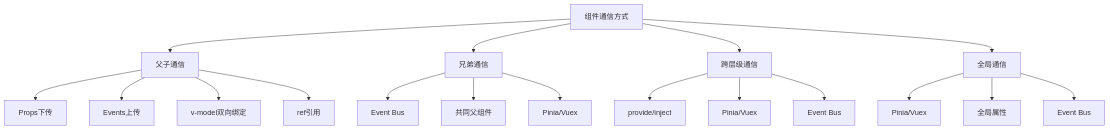
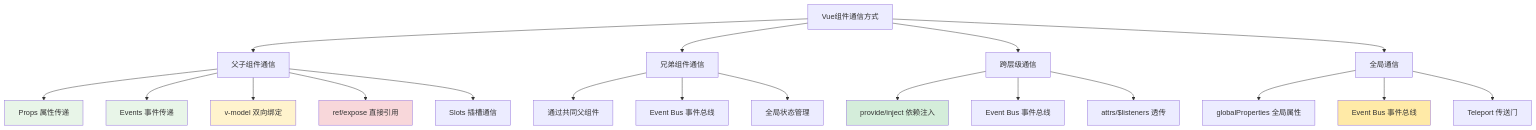
Before and after one commit to LynnCen/Lyc-notes: the first of 4 diagrams in docs/Vue/basic/component-communication.md, drawn with Mermaid. The commit also changed other lines of this file, not shown here.

````diff
--- a/docs/Vue/basic/component-communication.md
+++ b/docs/Vue/basic/component-communication.md
@@ -14,24 +28,32 @@
 ```mermaid
 graph TB
-    A[组件通信方式] --> B[父子通信]
-    A --> C[兄弟通信]
+    A[Vue组件通信方式] --> B[父子组件通信]
+    A --> C[兄弟组件通信]
     A --> D[跨层级通信]
     A --> E[全局通信]
     
-    B --> B1[Props下传]
-    B --> B2[Events上传]
-    B --> B3[v-model双向绑定]
-    B --> B4[ref引用]
+    B --> B1[Props 属性传递]
+    B --> B2[Events 事件传递]
+    B --> B3[v-model 双向绑定]
+    B --> B4[ref/expose 直接引用]
+    B --> B5[Slots 插槽通信]
     
-    C --> C1[Event Bus]
-    C --> C2[共同父组件]
-    C --> C3[Pinia/Vuex]
+    C --> C1[通过共同父组件]
+    C --> C2[Event Bus 事件总线]
+    C --> C3[全局状态管理]
     
-    D --> D1[provide/inject]
-    D --> D2[Pinia/Vuex]
-    D --> D3[Event Bus]
+    D --> D1[provide/inject 依赖注入]
+    D --> D2[Event Bus 事件总线]
+    D --> D3[attrs/$listeners 透传]
     
-    E --> E1[Pinia/Vuex]
-    E --> E2[全局属性]
-    E --> E3[Event Bus]
+    E --> E1[globalProperties 全局属性]
+    E --> E2[Event Bus 事件总线]
+    E --> E3[Teleport 传送门]
+    
+    style B1 fill:#e8f5e8
+    style B2 fill:#e8f5e8
+    style B3 fill:#fff3cd
+    style B4 fill:#f8d7da
+    style D1 fill:#d4edda
+    style E2 fill:#ffeaa7
 ```
````
